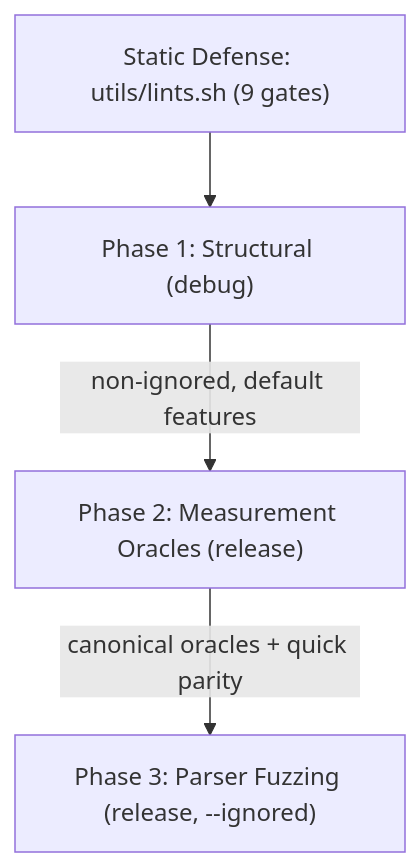
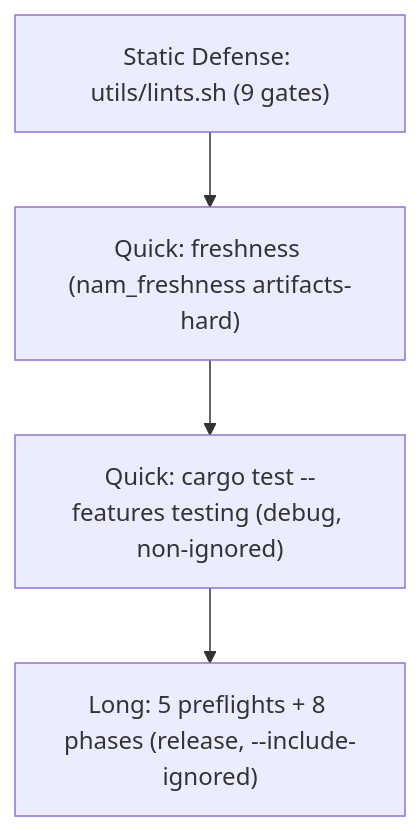
Before and after one commit to fabiohl/NeuralAmpModeler-rs: the second of 2 diagrams in docs/testing.md, drawn with Mermaid. The commit also changed other lines of this file and 47 other files, not shown here.

````diff
--- a/docs/testing.md
+++ b/docs/testing.md
@@ -128,6 +128,6 @@
 ```mermaid
 graph TD
-    L0["Static Defense: utils/lints.sh (9 gates)"] --> F1["Phase 1: Structural (debug)"]
-    F1 -->|non-ignored, default features| F2["Phase 2: Measurement Oracles (release)"]
-    F2 -->|canonical oracles + quick parity| F3["Phase 3: Parser Fuzzing (release, --ignored)"]
+    L0["Static Defense: utils/lints.sh (9 gates)"] --> Q1["Quick: freshness (nam_freshness artifacts-hard)"]
+    Q1 --> Q2["Quick: cargo test --features testing (debug, non-ignored)"]
+    Q2 --> L1["Long: 5 preflights + 8 phases (release, --include-ignored)"]
 ```
````
